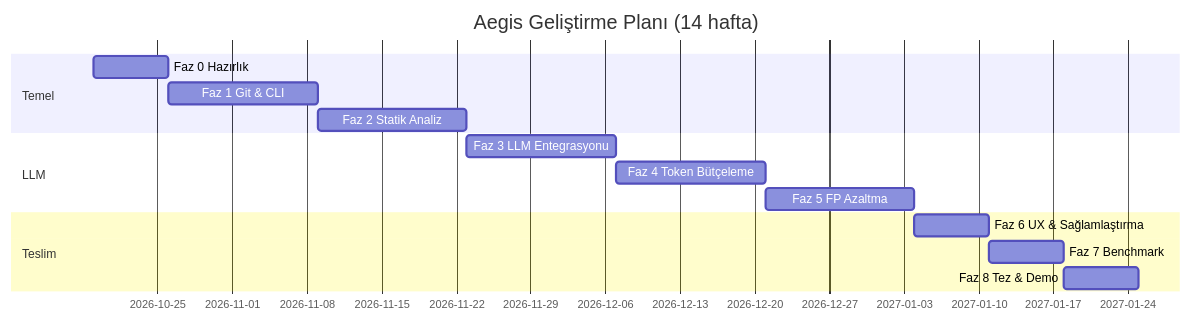
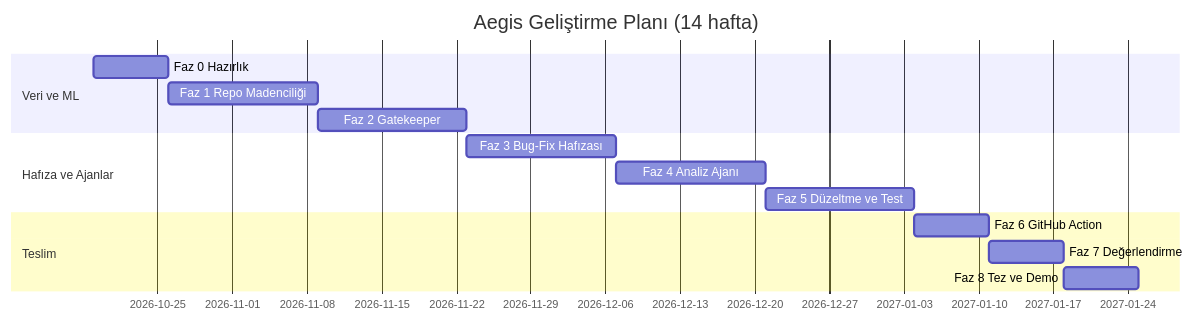
Before and after one commit to mhmtemnbgr1/Aegis: the second of 2 diagrams in README.md, drawn with Mermaid. The commit also changed other lines of this file and 7 other files, not shown here.

````diff
--- a/README.md
+++ b/README.md
@@ -416,17 +534,17 @@
 ```mermaid
 gantt
     dateFormat  YYYY-MM-DD
     title Aegis Geliştirme Planı (14 hafta)
-    section Temel
-    Faz 0 Hazırlık            :f0, 2026-10-19, 7d
-    Faz 1 Git & CLI           :f1, after f0, 14d
-    Faz 2 Statik Analiz       :f2, after f1, 14d
-    section LLM
-    Faz 3 LLM Entegrasyonu    :f3, after f2, 14d
-    Faz 4 Token Bütçeleme     :f4, after f3, 14d
-    Faz 5 FP Azaltma          :f5, after f4, 14d
+    section Veri ve ML
+    Faz 0 Hazırlık              :f0, 2026-10-19, 7d
+    Faz 1 Repo Madenciliği      :f1, after f0, 14d
+    Faz 2 Gatekeeper            :f2, after f1, 14d
+    section Hafıza ve Ajanlar
+    Faz 3 Bug-Fix Hafızası      :f3, after f2, 14d
+    Faz 4 Analiz Ajanı          :f4, after f3, 14d
+    Faz 5 Düzeltme ve Test      :f5, after f4, 14d
     section Teslim
-    Faz 6 UX & Sağlamlaştırma :f6, after f5, 7d
-    Faz 7 Benchmark           :f7, after f6, 7d
-    Faz 8 Tez & Demo          :f8, after f7, 7d
+    Faz 6 GitHub Action         :f6, after f5, 7d
+    Faz 7 Değerlendirme         :f7, after f6, 7d
+    Faz 8 Tez ve Demo           :f8, after f7, 7d
 ```
````
